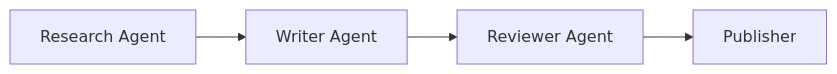
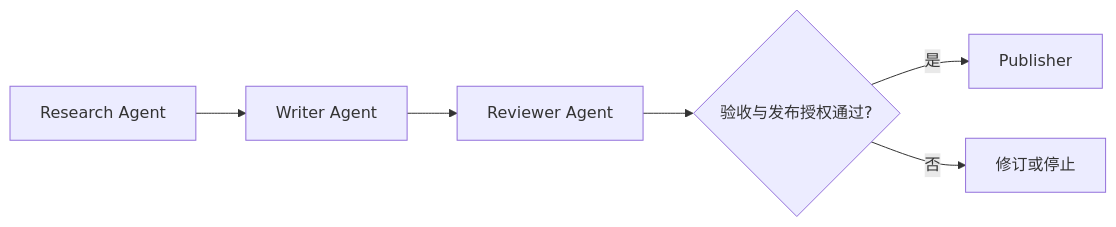
The second of 24 diagrams in docs/agent/04-multi-agent/13-multi-agent-coordination.md (oneleaveknowsthefall/awesome-ai-roadmap), drawn with Mermaid before and after one commit. The commit also changed other lines of this file and 34 other files, not shown here.

````diff
--- a/docs/agent/04-multi-agent/13-multi-agent-coordination.md
+++ b/docs/agent/04-multi-agent/13-multi-agent-coordination.md
@@ -56,6 +58,8 @@
 ```mermaid
 flowchart LR
     R[Research Agent] --> W[Writer Agent]
     W --> V[Reviewer Agent]
-    V --> P[Publisher]
+    V --> G{验收与发布授权通过?}
+    G -->|是| P[Publisher]
+    G -->|否| RWORK[修订或停止]
 ```
````
